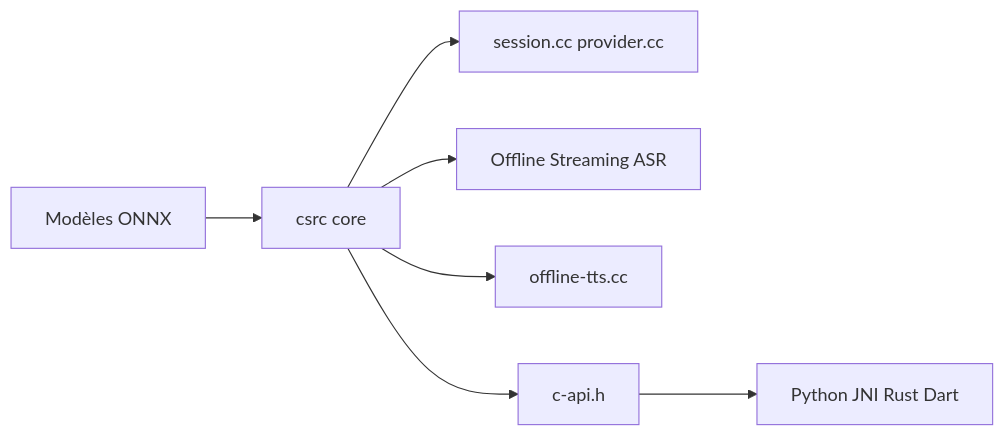
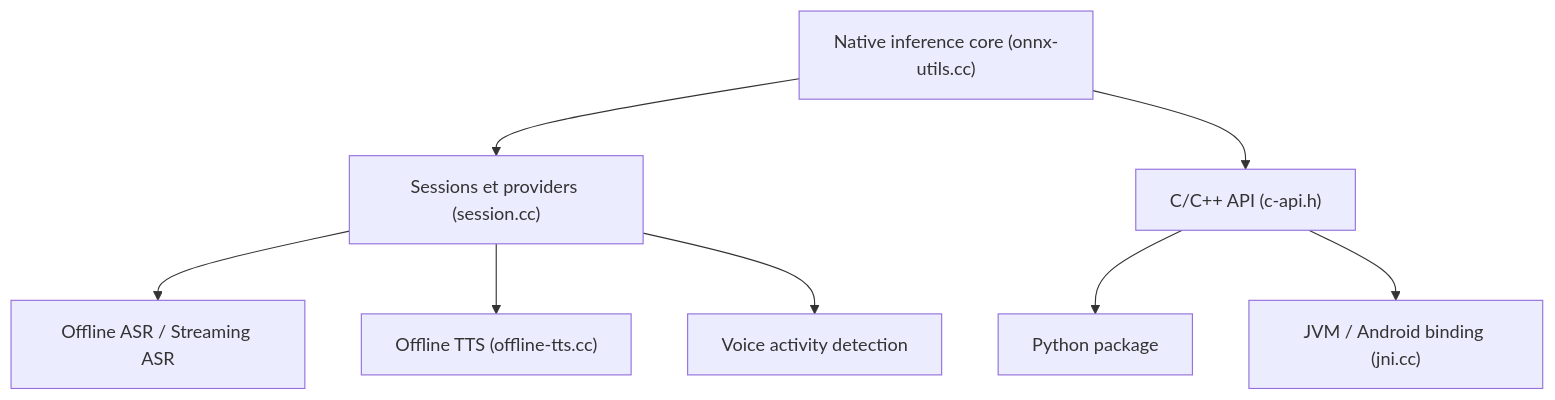
The diagram in veille/.data/fiches/k2-fsa__sherpa-onnx.md (floSa/Veille-Repo), drawn with Mermaid before and after one commit. The commit also changed other lines of this file and 1330 other files, not shown here.

First line of the commit message:
Mise à jour du catalogue : 7723 fiches, 7291 diagrammes

````diff
--- a/veille/.data/fiches/k2-fsa__sherpa-onnx.md
+++ b/veille/.data/fiches/k2-fsa__sherpa-onnx.md
@@ -27,9 +27,10 @@
 ```mermaid
-flowchart LR
-  Models[Modèles ONNX] --> Core[csrc core]
-  Core --> Session[session.cc provider.cc]
-  Core --> ASR[Offline Streaming ASR]
-  Core --> TTS[offline-tts.cc]
-  Core --> CAPI[c-api.h]
-  CAPI --> Bind[Python JNI Rust Dart]
+flowchart TD
+  CORE["Native inference core (onnx-utils.cc)"] --> SES["Sessions et providers (session.cc)"]
+  SES --> ASR["Offline ASR / Streaming ASR"]
+  SES --> TTS["Offline TTS (offline-tts.cc)"]
+  SES --> VAD["Voice activity detection"]
+  CORE --> API["C/C++ API (c-api.h)"]
+  API --> PY["Python package"]
+  API --> JNI["JVM / Android binding (jni.cc)"]
 ```
````
